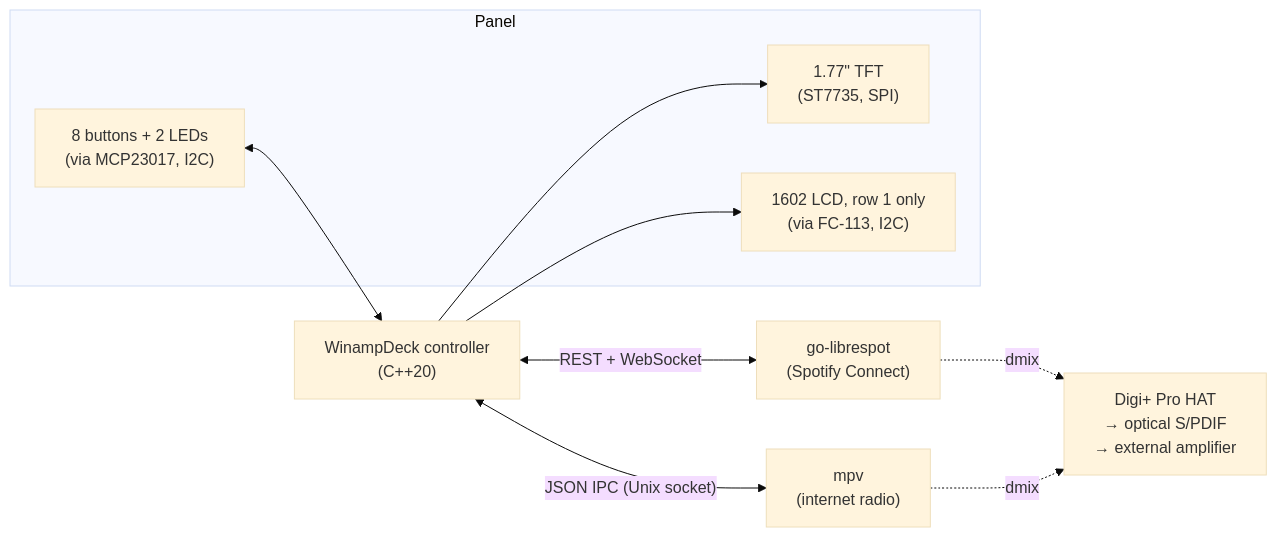
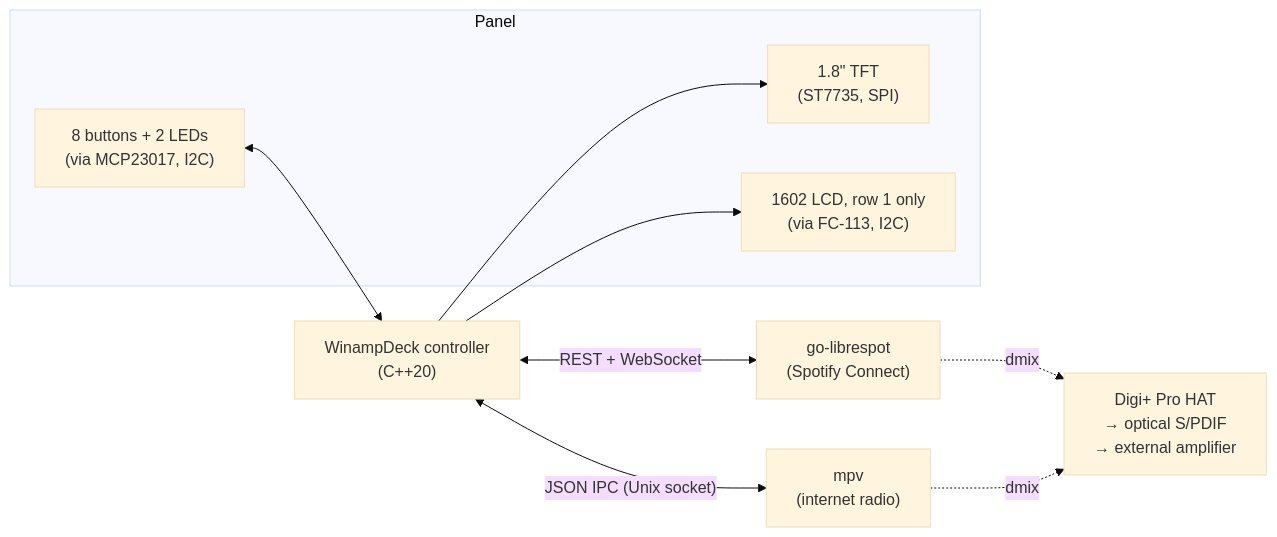
The first of 2 diagrams in docs/architecture.md (DrMboga/WinampDeck), drawn with Mermaid (base theme) before and after one commit. The commit also changed 1 other file, not shown here.

Commit message:
Name the 1.8" TFT in the README and architecture overview

````diff
--- a/docs/architecture.md
+++ b/docs/architecture.md
@@ -14,22 +14,22 @@
 ```mermaid
 flowchart LR
     subgraph Panel
         Buttons["8 buttons + 2 LEDs\n(via MCP23017, I2C)"]
-        TFT["1.77&quot; TFT\n(ST7735, SPI)"]
+        TFT["1.8&quot; TFT\n(ST7735, SPI)"]
         LCD["1602 LCD, row 1 only\n(via FC-113, I2C)"]
     end
 
     Controller["WinampDeck controller\n(C++20)"]
 
     Spotify["go-librespot\n(Spotify Connect)"]
     Radio["mpv\n(internet radio)"]
     Amp["Digi+ Pro HAT\n→ optical S/PDIF\n→ external amplifier"]
 
     Buttons <--> Controller
     Controller --> TFT
     Controller --> LCD
     Controller <-- "REST + WebSocket" --> Spotify
     Controller <-- "JSON IPC (Unix socket)" --> Radio
     Spotify -. "dmix" .-> Amp
     Radio -. "dmix" .-> Amp
 ```
````
